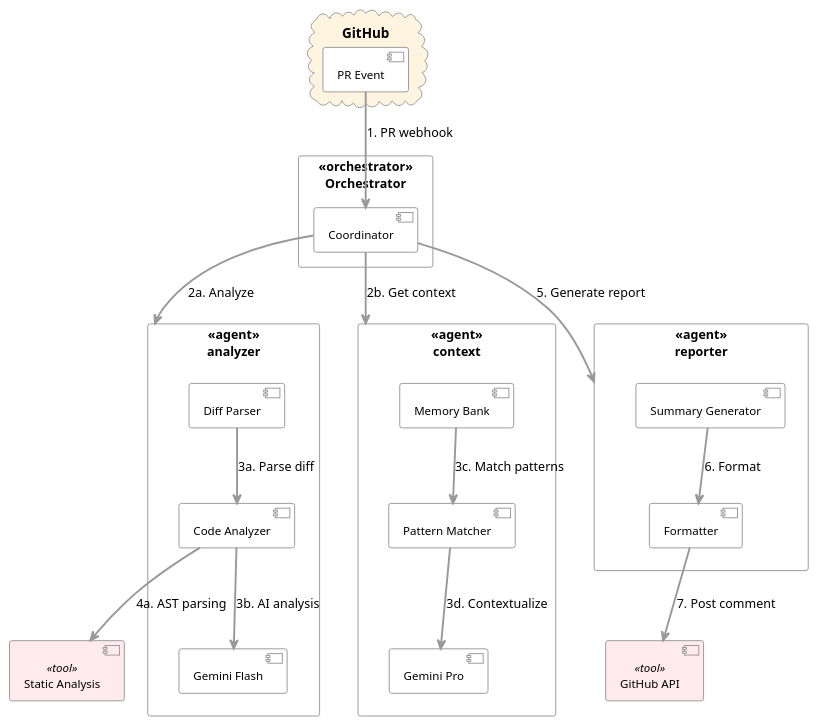
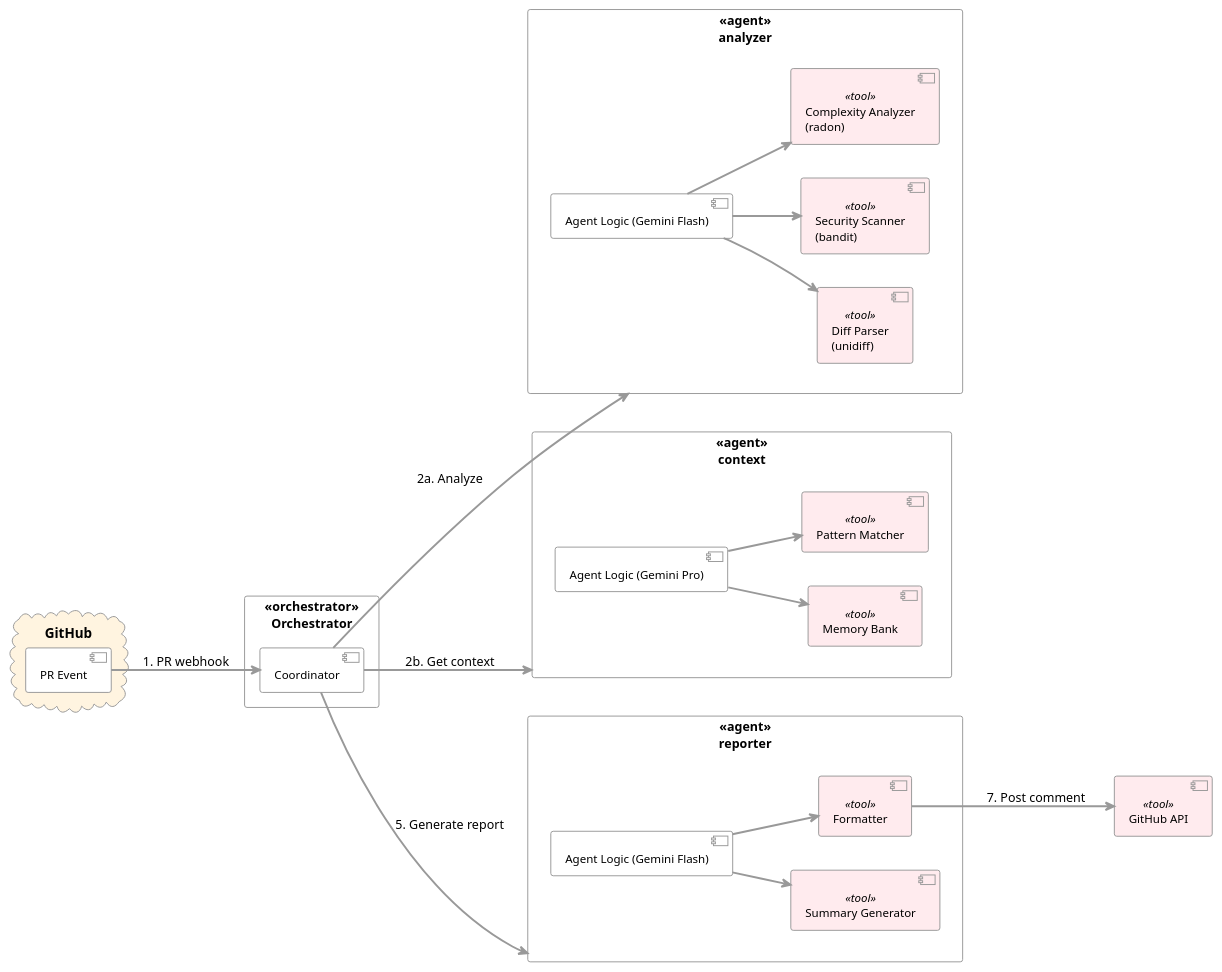
The diagram in docs/diagrams/multi-agent-architecture.puml.md (RostislavDublin/capstone), drawn with PlantUML before and after one commit.

Commit message:
docs: update architecture diagram with implemented tools
- Show concrete tools: unidiff, bandit, radon
- Reflect Agent Logic coordinating tools (not tools calling each other)
- Update all three agents (Analyzer, Context, Reporter) consistently
- Improve visual layout for better readability

````diff
--- a/docs/diagrams/multi-agent-architecture.puml.md
+++ b/docs/diagrams/multi-agent-architecture.puml.md
@@ -1,7 +1,7 @@
 ```plantuml
 @startuml multi-agent-architecture
 !theme plain
-top to bottom direction
+left to right direction
 
 skinparam component {
   BackgroundColor<<github>> #FFF4E0
@@ -48,50 +48,47 @@
 coordinator -down-> context : 2b. Get context
 coordinator -down-> reporter : 5. Generate report
 
-' Level 3: Agent Layer (left to right: Analyzer, Context, Reporter)
-left to right direction
-
+' Level 3: Agent Layer
 rectangle "Analyzer Agent" as analyzer <<agent>> {
-  top to bottom direction
-  component "Diff Parser" as diff_parser
-  component "Code Analyzer" as code_analyzer
-  component "Gemini Flash" as gemini_flash
+  component "Agent Logic (Gemini Flash)" as agent_logic
+  component "Diff Parser\n(unidiff)" as diff_parser <<tool>>
+  component "Security Scanner\n(bandit)" as security_scanner <<tool>>
+  component "Complexity Analyzer\n(radon)" as complexity_analyzer <<tool>>
   
-  diff_parser -down-> code_analyzer : 3a. Parse diff
-  code_analyzer -down-> gemini_flash : 3b. AI analysis
+  agent_logic -down-> diff_parser
+  agent_logic -down-> security_scanner  
+  agent_logic -down-> complexity_analyzer
+  
+  diff_parser -[hidden]right-> security_scanner
+  security_scanner -[hidden]right-> complexity_analyzer
 }
 
 rectangle "Context Agent" as context <<agent>> {
-  top to bottom direction
-  component "Memory Bank" as memory_bank
-  component "Pattern Matcher" as pattern_matcher
-  component "Gemini Pro" as gemini_pro
+  component "Agent Logic (Gemini Pro)" as context_logic
+  component "Memory Bank" as memory_bank <<tool>>
+  component "Pattern Matcher" as pattern_matcher <<tool>>
   
-  memory_bank -down-> pattern_matcher : 3c. Match patterns
-  pattern_matcher -down-> gemini_pro : 3d. Contextualize
+  context_logic -down-> memory_bank
+  context_logic -down-> pattern_matcher
+  
+  memory_bank -[hidden]right-> pattern_matcher
 }
 
 rectangle "Reporter Agent" as reporter <<agent>> {
-  top to bottom direction
-  component "Summary Generator" as summary_gen
-  component "Formatter" as formatter
+  component "Agent Logic (Gemini Flash)" as reporter_logic
+  component "Summary Generator" as summary_gen <<tool>>
+  component "Formatter" as formatter <<tool>>
   
-  summary_gen -down-> formatter : 6. Format
+  reporter_logic -down-> summary_gen
+  reporter_logic -down-> formatter
+  
+  summary_gen -[hidden]right-> formatter
 }
 
-analyzer -[hidden]right-> context
-context -[hidden]right-> reporter
-
-top to bottom direction
-
-' Level 4: Tools (separate blocks to avoid pull)
-component "Static Analysis" as static_analysis <<tool>>
+' Level 4: External Tools/APIs
 component "GitHub API" as github_api <<tool>>
 
-code_analyzer -down-> static_analysis : 4a. AST parsing
 formatter -down-> github_api : 7. Post comment
-
-static_analysis -[hidden]right-> github_api
 
 @enduml
 ```
````
